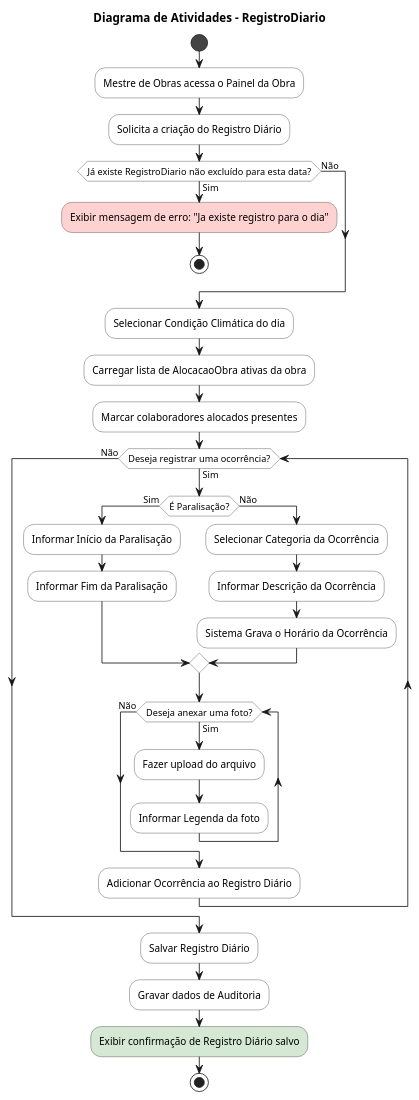
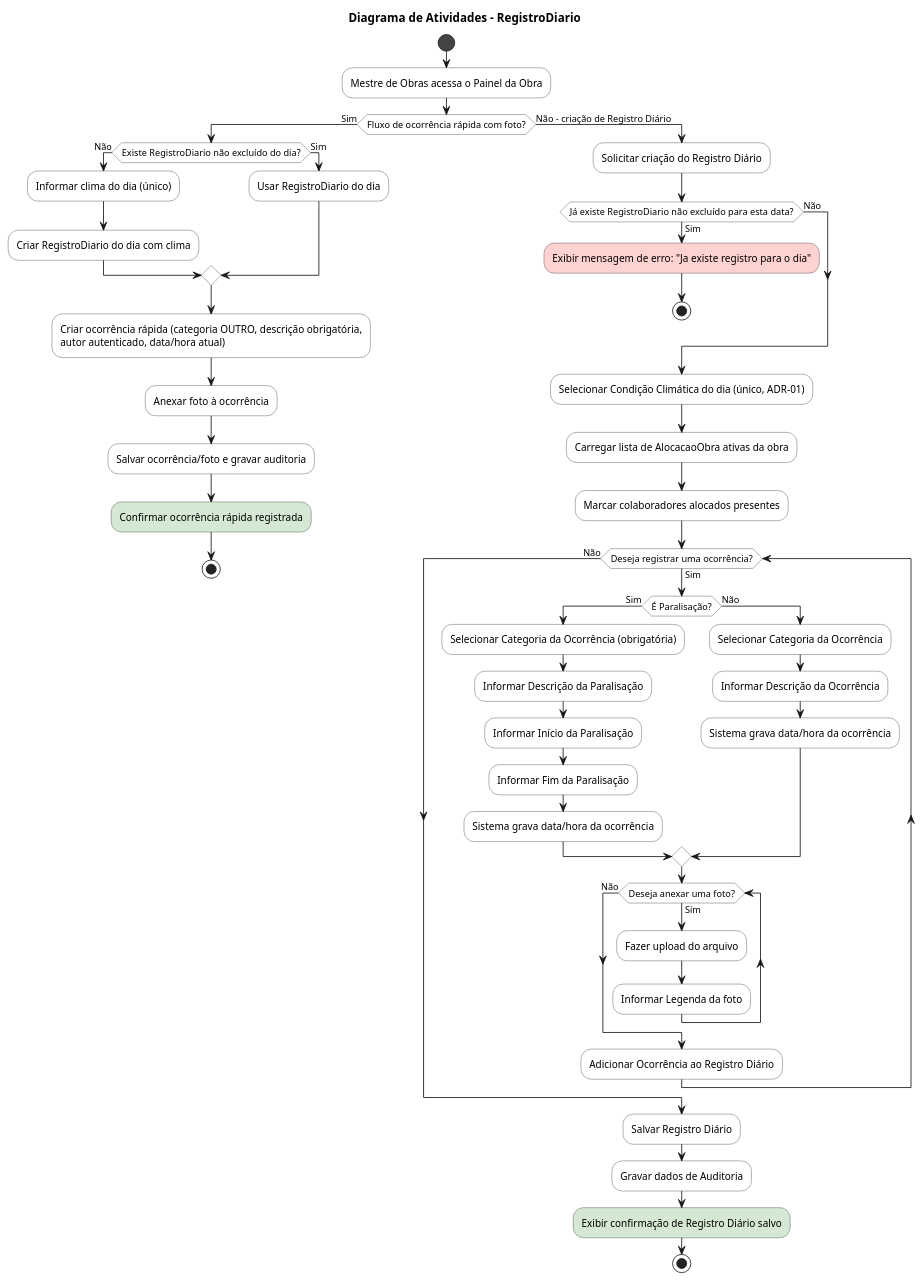
The diagram in Diagramas dinamicos/Modulo Painel de Obra/registrodiario-activity.puml (bernardoanobrega/oBRAS), drawn with PlantUML before and after one commit. The commit also changed 1 other file, not shown here.

Commit message:
docs(diagramas): atualizar estados e atividades
Refs: PLANO.md §4.1/§4.2, ADR-01, ADR-02, ADR-08, Apêndice B.
alocacao-states.puml: sem alteração (conforme §4.2).

Waiver L02: L03 e L04 executadas antes da L02; os diagramas dependem de ADRs fechados, não da granularidade de UCs; não citam UC. Revisar após a L02 e ajustar se a matriz mudar. O waiver não se estende a nenhuma outra task.

```diff
--- a/Diagramas dinamicos/Modulo Painel de Obra/registrodiario-activity.puml
+++ b/Diagramas dinamicos/Modulo Painel de Obra/registrodiario-activity.puml
@@ -1,58 +1,77 @@
 @startuml registro-diario-activity
 title Diagrama de Atividades - RegistroDiario
 skinparam activity {
   BackgroundColor #FFFFFF
   BorderColor #444444
   BarColor #444444
   StartColor #444444
   EndColor #444444
 }
 skinparam NoteBackgroundColor #FFFBE6
 
 start
 
 :Mestre de Obras acessa o Painel da Obra;
-:Solicita a criação do Registro Diário;
 
-' ===== VERIFICAÇÃO DE DUPLICIDADE =====
-if (Já existe RegistroDiario não excluído para esta data?) then (Sim)
-  #FFD2D2:Exibir mensagem de erro: "Ja existe registro para o dia";
+if (Fluxo de ocorrência rápida com foto?) then (Sim)
+  if (Existe RegistroDiario não excluído do dia?) then (Não)
+    :Informar clima do dia (único);
+    :Criar RegistroDiario do dia com clima;
+  else (Sim)
+    :Usar RegistroDiario do dia;
+  endif
+  :Criar ocorrência rápida (categoria OUTRO, descrição obrigatória,\nautor autenticado, data/hora atual);
+  :Anexar foto à ocorrência;
+  :Salvar ocorrência/foto e gravar auditoria;
+  #D5E8D4:Confirmar ocorrência rápida registrada;
   stop
-else (Não)
+else (Não - criação de Registro Diário)
+  :Solicitar criação do Registro Diário;
+
+  ' ===== VERIFICAÇÃO DE DUPLICIDADE =====
+  if (Já existe RegistroDiario não excluído para esta data?) then (Sim)
+    #FFD2D2:Exibir mensagem de erro: "Ja existe registro para o dia";
+    stop
+  else (Não)
+  endif
+
+  ' ===== PREENCHIMENTO BÁSICO =====
+  :Selecionar Condição Climática do dia (único, ADR-01);
+
+  ' ===== DEFINIÇÃO DA EQUIPE PRESENTE =====
+  :Carregar lista de AlocacaoObra ativas da obra;
+  :Marcar colaboradores alocados presentes;
+
+  ' ===== LOOP DE REGISTRO DE OCORRÊNCIAS =====
+  while (Deseja registrar uma ocorrência?) is (Sim)
+    if (É Paralisação?) then (Sim)
+      :Selecionar Categoria da Ocorrência (obrigatória);
+      :Informar Descrição da Paralisação;
+      :Informar Início da Paralisação;
+      :Informar Fim da Paralisação;
+      :Sistema grava data/hora da ocorrência;
+    else (Não)
+      :Selecionar Categoria da Ocorrência;
+      :Informar Descrição da Ocorrência;
+      :Sistema grava data/hora da ocorrência;
+    endif
+
+    ' ===== ANEXO DE FOTOS =====
+    while (Deseja anexar uma foto?) is (Sim)
+      :Fazer upload do arquivo;
+      :Informar Legenda da foto;
+    endwhile (Não)
+
+    :Adicionar Ocorrência ao Registro Diário;
+  endwhile (Não)
+
+  ' ===== FINALIZAÇÃO E PERSISTÊNCIA =====
+  :Salvar Registro Diário;
+  :Gravar dados de Auditoria;
+
+  #D5E8D4:Exibir confirmação de Registro Diário salvo;
+
+  stop
 endif
 
-' ===== PREENCHIMENTO BÁSICO =====
-:Selecionar Condição Climática do dia;
-
-' ===== DEFINIÇÃO DA EQUIPE PRESENTE =====
-:Carregar lista de AlocacaoObra ativas da obra;
-:Marcar colaboradores alocados presentes;
-
-' ===== LOOP DE REGISTRO DE OCORRÊNCIAS =====
-while (Deseja registrar uma ocorrência?) is (Sim)
-  if (É Paralisação?) then (Sim)
-    :Informar Início da Paralisação;
-    :Informar Fim da Paralisação;
-  else (Não)
-  :Selecionar Categoria da Ocorrência;
-  :Informar Descrição da Ocorrência;
-  :Sistema Grava o Horário da Ocorrência;
-  endif
-
-  ' ===== ANEXO DE FOTOS =====
-  while (Deseja anexar uma foto?) is (Sim)
-    :Fazer upload do arquivo;
-    :Informar Legenda da foto;
-  endwhile (Não)
-
-  :Adicionar Ocorrência ao Registro Diário;
-endwhile (Não)
-
-' ===== FINALIZAÇÃO E PERSISTÊNCIA =====
-:Salvar Registro Diário;
-:Gravar dados de Auditoria;
-
-#D5E8D4:Exibir confirmação de Registro Diário salvo;
-
-stop
 @enduml
```
